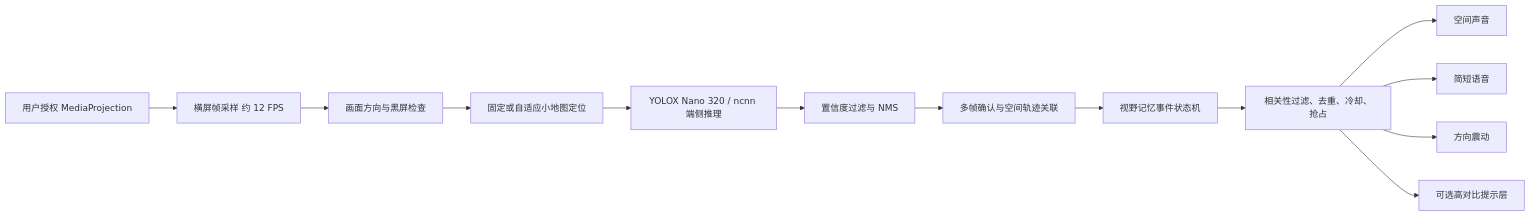
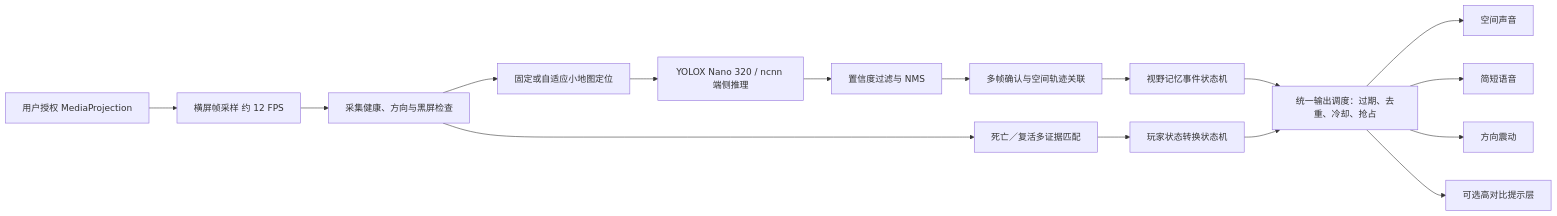
The diagram in docs/技术方案.md (ld0574/SenseField), drawn with Mermaid before and after one commit. The commit also changed other lines of this file and 35 other files, not shown here.

````diff
--- a/docs/技术方案.md
+++ b/docs/技术方案.md
@@ -53,15 +47,18 @@
 ```mermaid
 flowchart LR
     A[用户授权 MediaProjection] --> B[横屏帧采样 约 12 FPS]
-    B --> C[画面方向与黑屏检查]
+    B --> C[采集健康、方向与黑屏检查]
     C --> D[固定或自适应小地图定位]
     D --> E[YOLOX Nano 320 / ncnn 端侧推理]
     E --> F[置信度过滤与 NMS]
     F --> G[多帧确认与空间轨迹关联]
+    C --> N[死亡／复活多证据匹配]
     G --> H[视野记忆事件状态机]
-    H --> I[相关性过滤、去重、冷却、抢占]
+    N --> O[玩家状态转换状态机]
+    H --> I[统一输出调度：过期、去重、冷却、抢占]
+    O --> I
     I --> J[空间声音]
     I --> K[简短语音]
     I --> L[方向震动]
     I --> M[可选高对比提示层]
 ```
````
